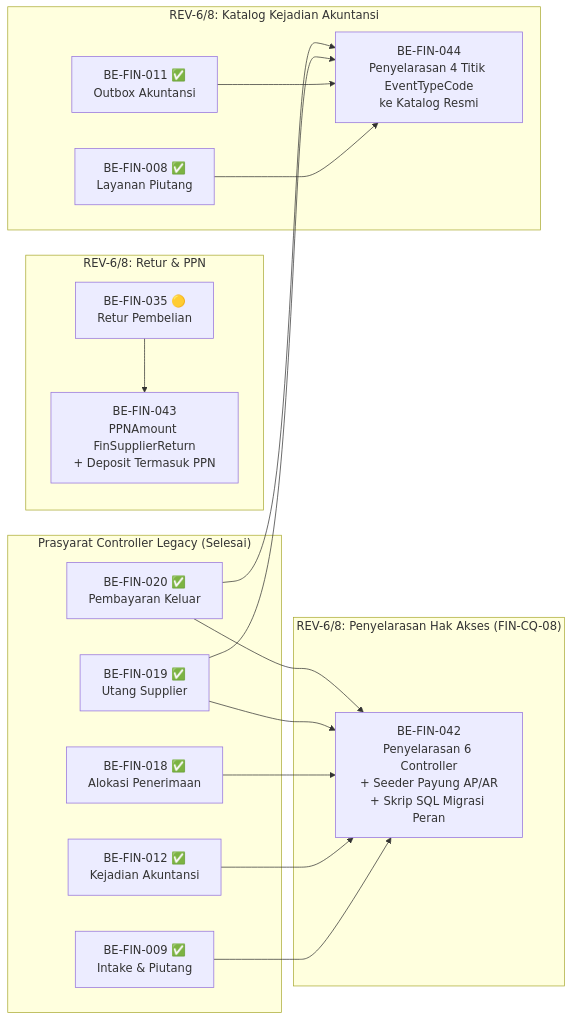
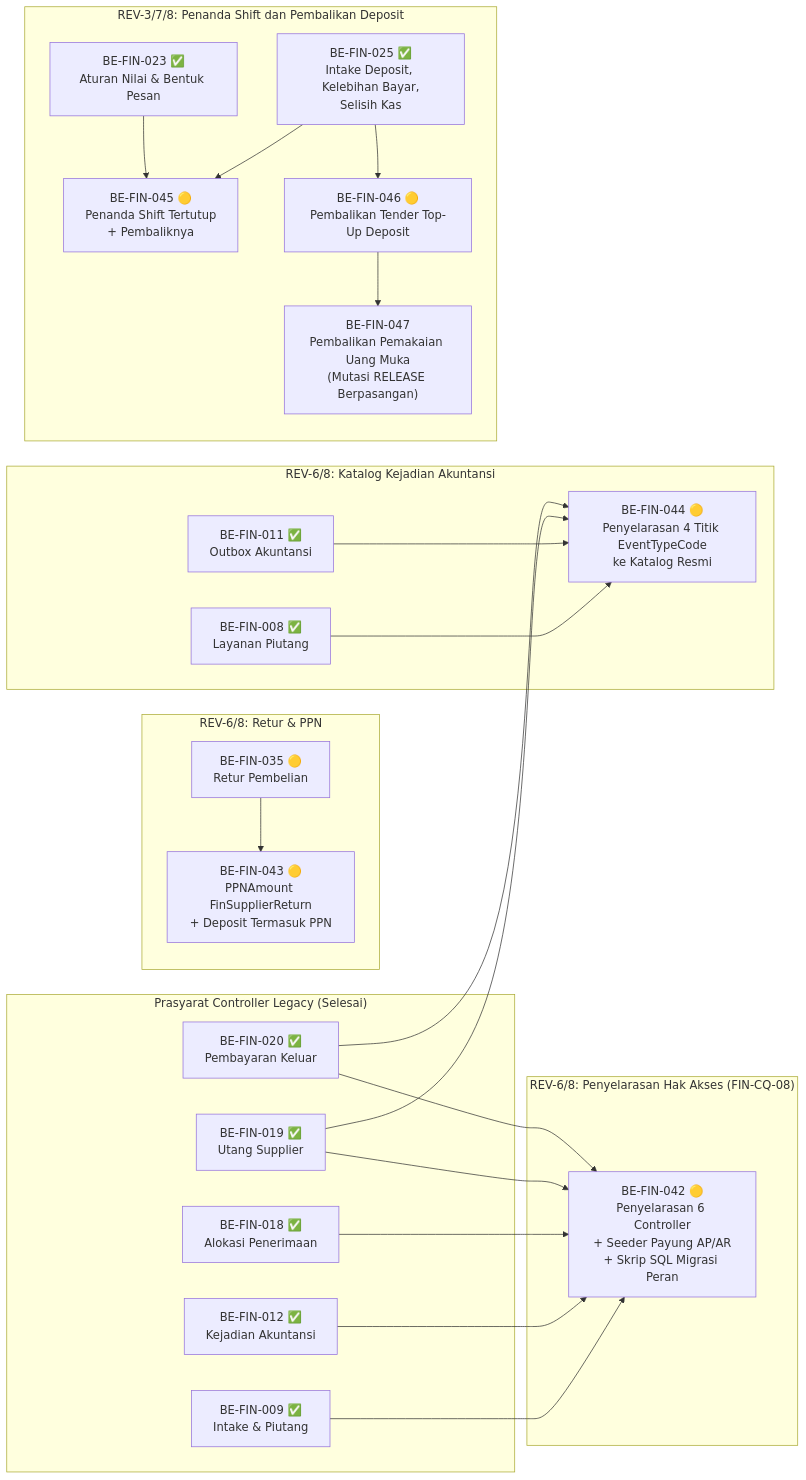
The diagram in docs/module-blueprints/finance-management/roadmap/01-backend-roadmap.md (DevBenari/NewQuilvianSystemBackend), drawn with Mermaid before and after one commit. The commit also changed other lines of this file and 81 other files, not shown here.

````diff
--- a/docs/module-blueprints/finance-management/roadmap/01-backend-roadmap.md
+++ b/docs/module-blueprints/finance-management/roadmap/01-backend-roadmap.md
@@ -118,38 +168,51 @@
 ```mermaid
 graph LR
   subgraph "Prasyarat Controller Legacy (Selesai)"
     BE_FIN_009["BE-FIN-009 ✅<br/>Intake & Piutang"]
     BE_FIN_012["BE-FIN-012 ✅<br/>Kejadian Akuntansi"]
     BE_FIN_018["BE-FIN-018 ✅<br/>Alokasi Penerimaan"]
     BE_FIN_019["BE-FIN-019 ✅<br/>Utang Supplier"]
     BE_FIN_020["BE-FIN-020 ✅<br/>Pembayaran Keluar"]
   end
 
   subgraph "REV-6/8: Penyelarasan Hak Akses (FIN-CQ-08)"
-    BE_FIN_042["BE-FIN-042<br/>Penyelarasan 6 Controller<br/>+ Seeder Payung AP/AR<br/>+ Skrip SQL Migrasi Peran"]
+    BE_FIN_042["BE-FIN-042 🟡<br/>Penyelarasan 6 Controller<br/>+ Seeder Payung AP/AR<br/>+ Skrip SQL Migrasi Peran"]
   end
 
   subgraph "REV-6/8: Retur & PPN"
     BE_FIN_035["BE-FIN-035 🟡<br/>Retur Pembelian"]
-    BE_FIN_043["BE-FIN-043<br/>PPNAmount FinSupplierReturn<br/>+ Deposit Termasuk PPN"]
+    BE_FIN_043["BE-FIN-043 🟡<br/>PPNAmount FinSupplierReturn<br/>+ Deposit Termasuk PPN"]
   end
 
   subgraph "REV-6/8: Katalog Kejadian Akuntansi"
     BE_FIN_008["BE-FIN-008 ✅<br/>Layanan Piutang"]
     BE_FIN_011["BE-FIN-011 ✅<br/>Outbox Akuntansi"]
-    BE_FIN_044["BE-FIN-044<br/>Penyelarasan 4 Titik EventTypeCode<br/>ke Katalog Resmi"]
+    BE_FIN_044["BE-FIN-044 🟡<br/>Penyelarasan 4 Titik EventTypeCode<br/>ke Katalog Resmi"]
   end
 
   BE_FIN_009 --> BE_FIN_042
   BE_FIN_012 --> BE_FIN_042
   BE_FIN_018 --> BE_FIN_042
   BE_FIN_019 --> BE_FIN_042
   BE_FIN_020 --> BE_FIN_042
 
   BE_FIN_035 --> BE_FIN_043
 
   BE_FIN_008 --> BE_FIN_044
   BE_FIN_011 --> BE_FIN_044
   BE_FIN_019 --> BE_FIN_044
   BE_FIN_020 --> BE_FIN_044
+
+  subgraph "REV-3/7/8: Penanda Shift dan Pembalikan Deposit"
+    BE_FIN_023["BE-FIN-023 ✅<br/>Aturan Nilai & Bentuk Pesan"]
+    BE_FIN_025["BE-FIN-025 ✅<br/>Intake Deposit, Kelebihan Bayar,<br/>Selisih Kas"]
+    BE_FIN_045["BE-FIN-045 🟡<br/>Penanda Shift Tertutup<br/>+ Pembaliknya"]
+    BE_FIN_046["BE-FIN-046 🟡<br/>Pembalikan Tender Top-Up Deposit"]
+    BE_FIN_047["BE-FIN-047<br/>Pembalikan Pemakaian Uang Muka<br/>(Mutasi RELEASE Berpasangan)"]
+  end
+
+  BE_FIN_023 --> BE_FIN_045
+  BE_FIN_025 --> BE_FIN_045
+  BE_FIN_025 --> BE_FIN_046
+  BE_FIN_046 --> BE_FIN_047
 ```
````
